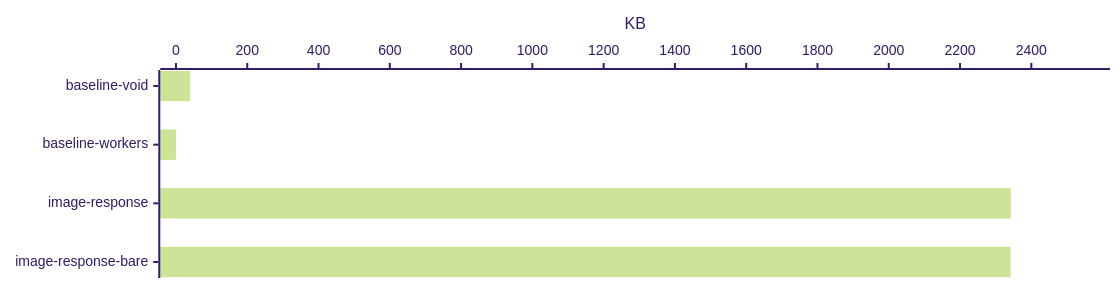
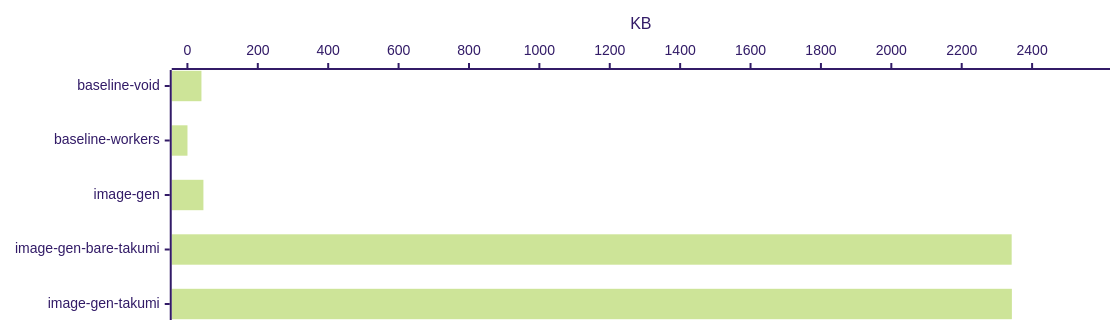
The second of 25 diagrams in benchmark/report.md (voidzero-dev/void), drawn with Mermaid (forest theme) before and after one commit. The commit also changed other lines of this file and 41 other files, not shown here.

````diff
--- a/benchmark/report.md
+++ b/benchmark/report.md
@@ -33,12 +34,12 @@
 ```mermaid
 ---
 config:
   xyChart:
     width: 1100
-    height: 268
+    height: 310
 ---
 xychart-beta horizontal
-    x-axis ["baseline-void", "baseline-workers", "image-response", "image-response-bare"]
+    x-axis ["baseline-void", "baseline-workers", "image-gen", "image-gen-bare-takumi", "image-gen-takumi"]
     y-axis "KB" 0 --> 2576.7852
-    bar [39.872, 0.161, 2342.532, 2341.931]
+    bar [39.872, 0.161, 45.464, 2341.931, 2342.532]
 ```
````
